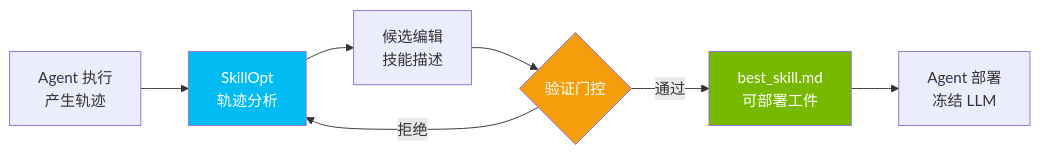
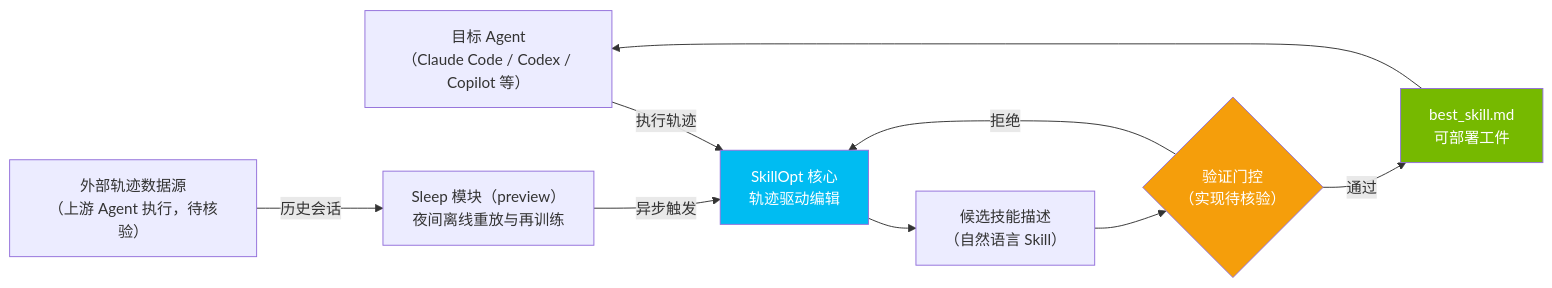
One commit to aiutil/github-researcher changed the diagram in projects/skillopt.md. Above: the diagram before and after it, drawn with Mermaid. The commit also changed other lines of this file and 939 other files, not shown here.

Commit message:
feat: add architect briefs and Mermaid project maps

````diff
--- a/projects/skillopt.md
+++ b/projects/skillopt.md
@@ -47,12 +60,14 @@
 ```mermaid
 flowchart LR
-    A["Agent 执行<br/>产生轨迹"] --> B["SkillOpt<br/>轨迹分析"]
-    B --> C["候选编辑<br/>技能描述"]
-    C --> D{"验证门控"}
+    A["目标 Agent<br/>（Claude Code / Codex / Copilot 等）"] -->|执行轨迹| B["SkillOpt 核心<br/>轨迹驱动编辑"]
+    B --> C["候选技能描述<br/>（自然语言 Skill）"]
+    C --> D{"验证门控<br/>（实现待核验）"}
     D -->|通过| E["best_skill.md<br/>可部署工件"]
     D -->|拒绝| B
-    E --> F["Agent 部署<br/>冻结 LLM"]
+    E --> A
+    F["Sleep 模块（preview）<br/>夜间离线重放与再训练"] -->|异步触发| B
+    G["外部轨迹数据源<br/>（上游 Agent 执行，待核验）"] -->|历史会话| F
     style B fill:#00bcf2,color:#fff
     style D fill:#f59e0b,color:#fff
     style E fill:#76b900,color:#fff
 ```
````
